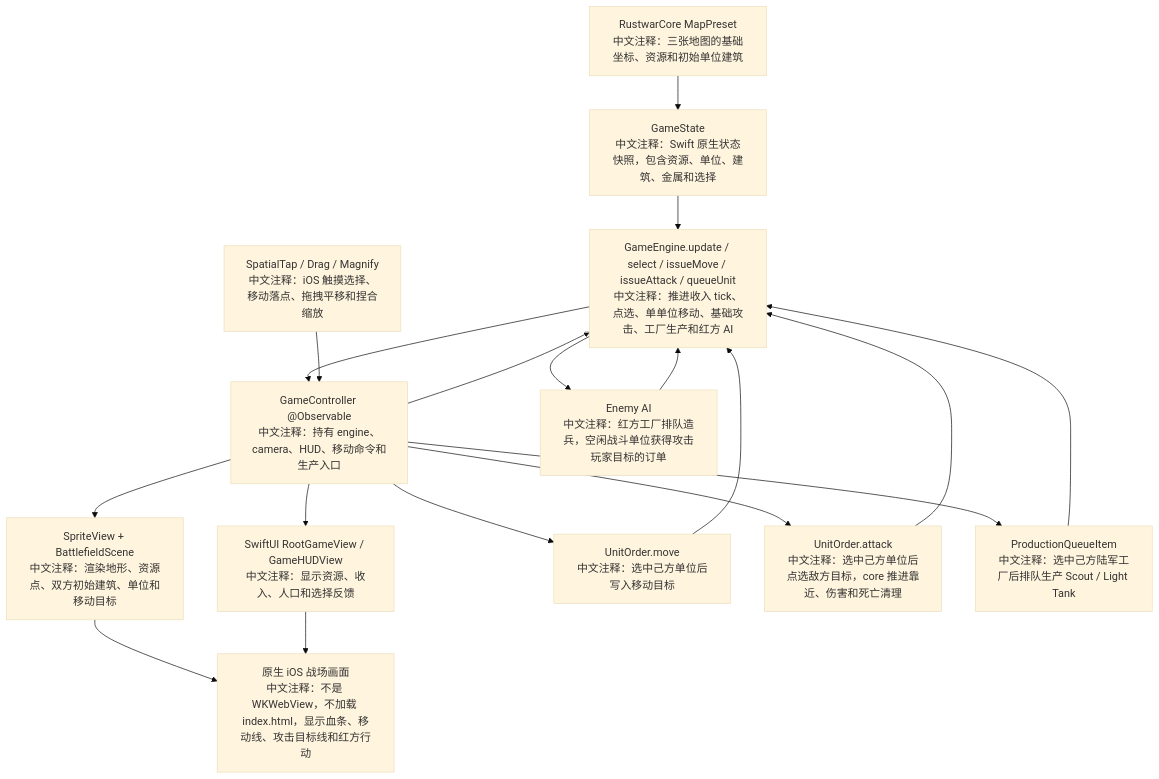
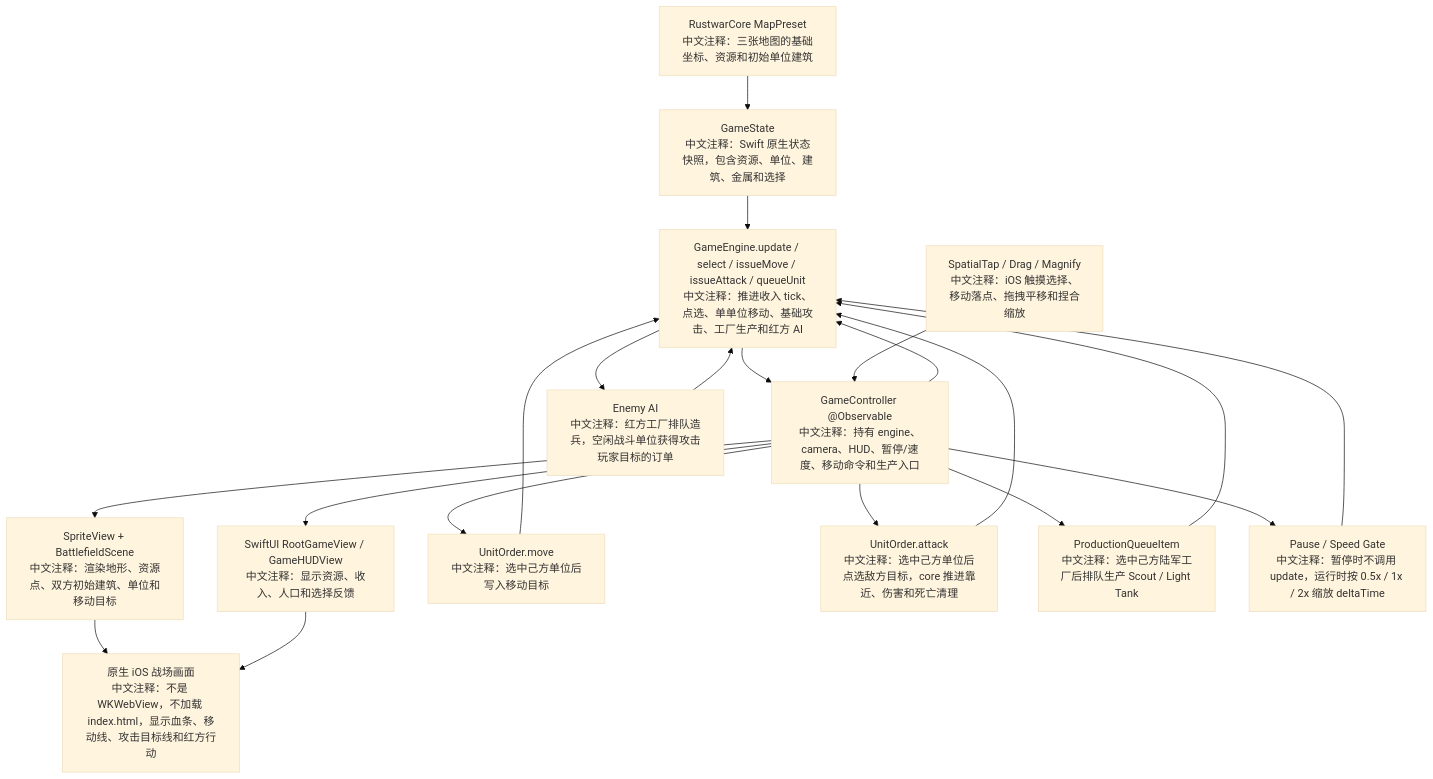
One commit to Altman-sam114/120 changed the third of 5 diagrams in md/flow/flowchart.md. Above: the diagram before and after it, drawn with Mermaid (base theme). The commit also changed 7 other files, not shown here.

Commit message:
v1.5: add iOS pause and speed controls

````diff
--- a/md/flow/flowchart.md
+++ b/md/flow/flowchart.md
@@ -52,20 +52,22 @@
 ```mermaid
 flowchart TD
   P["RustwarCore MapPreset<br/>中文注释：三张地图的基础坐标、资源和初始单位建筑"] --> S["GameState<br/>中文注释：Swift 原生状态快照，包含资源、单位、建筑、金属和选择"]
   S --> E["GameEngine.update / select / issueMove / issueAttack / queueUnit<br/>中文注释：推进收入 tick、点选、单单位移动、基础攻击、工厂生产和红方 AI"]
-  E --> C["GameController @Observable<br/>中文注释：持有 engine、camera、HUD、移动命令和生产入口"]
+  E --> C["GameController @Observable<br/>中文注释：持有 engine、camera、HUD、暂停/速度、移动命令和生产入口"]
   C --> H["SwiftUI RootGameView / GameHUDView<br/>中文注释：显示资源、收入、人口和选择反馈"]
   C --> B["SpriteView + BattlefieldScene<br/>中文注释：渲染地形、资源点、双方初始建筑、单位和移动目标"]
   T["SpatialTap / Drag / Magnify<br/>中文注释：iOS 触摸选择、移动落点、拖拽平移和捏合缩放"] --> C
   C --> M["UnitOrder.move<br/>中文注释：选中己方单位后写入移动目标"]
   M --> E
   C --> A["UnitOrder.attack<br/>中文注释：选中己方单位后点选敌方目标，core 推进靠近、伤害和死亡清理"]
   A --> E
   C --> Q["ProductionQueueItem<br/>中文注释：选中己方陆军工厂后排队生产 Scout / Light Tank"]
   Q --> E
+  C --> PS["Pause / Speed Gate<br/>中文注释：暂停时不调用 update，运行时按 0.5x / 1x / 2x 缩放 deltaTime"]
+  PS --> E
   E --> AI["Enemy AI<br/>中文注释：红方工厂排队造兵，空闲战斗单位获得攻击玩家目标的订单"]
   AI --> E
   C --> E
   B --> O["原生 iOS 战场画面<br/>中文注释：不是 WKWebView，不加载 index.html，显示血条、移动线、攻击目标线和红方行动"]
   H --> O
 ```
````
